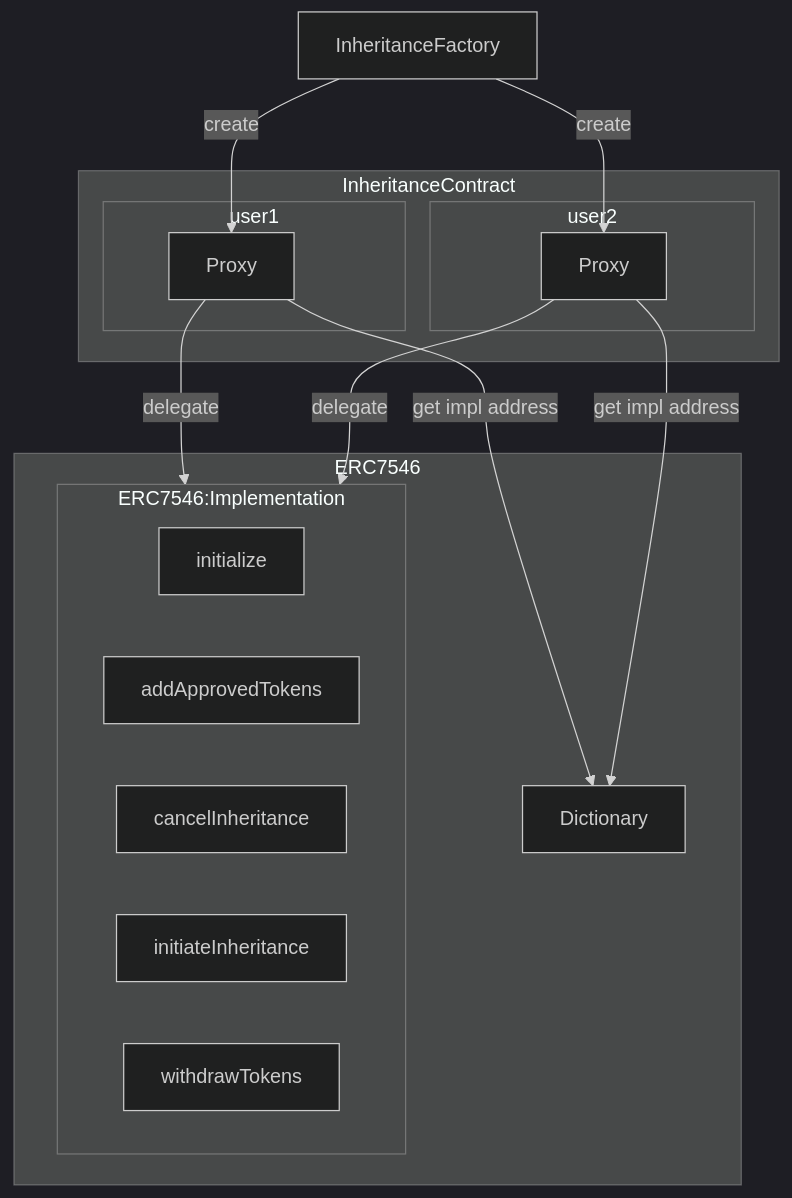
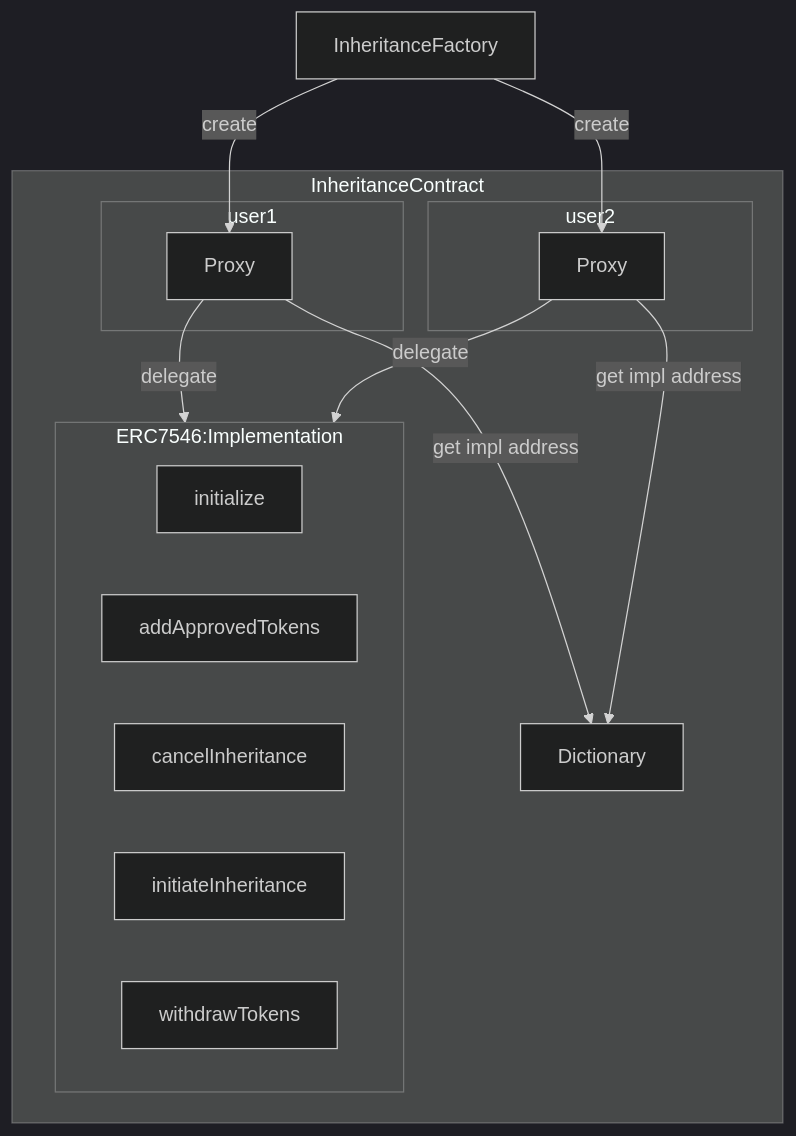
Before and after one commit to naizo01/TrustlessInheritance: the diagram in docs/contracts.md, drawn with Mermaid (dark theme). The commit also changed 1 other file, not shown here.

Commit message:
Rearrange sections in README and remove code in contracts.md

````diff
--- a/docs/contracts.md
+++ b/docs/contracts.md
@@ -3,38 +3,36 @@
 ```mermaid
 graph TB;
     InheritanceFactory-->|create|Proxy1;
     InheritanceFactory-->|create|Proxy2;
 
     Proxy1[Proxy] -->|get impl address| Dict[Dictionary];
     Proxy2[Proxy] -->|get impl address| Dict[Dictionary];
 
     Proxy1 -->|delegate| ERC7546:Implementation;
     Proxy2 -->|delegate| ERC7546:Implementation;
 
 
       InheritanceFactory 
 
 
     subgraph InheritanceContract
 
       subgraph user1
         Proxy1
       end
       subgraph user2
         Proxy2
       end
-    end
 
-    subgraph ERC7546
       Dict
       subgraph ERC7546:Implementation
         initialize 
         addApprovedTokens
         cancelInheritance
         initiateInheritance
         withdrawTokens
 
       end
     end
 
 ```
````
